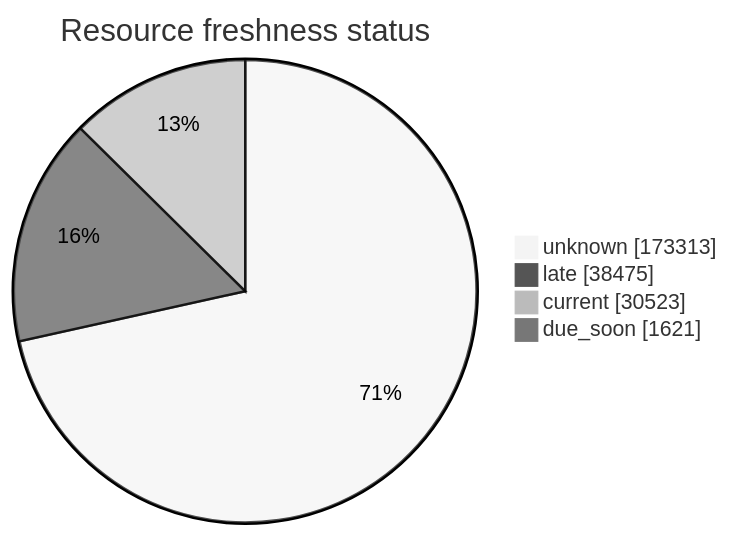
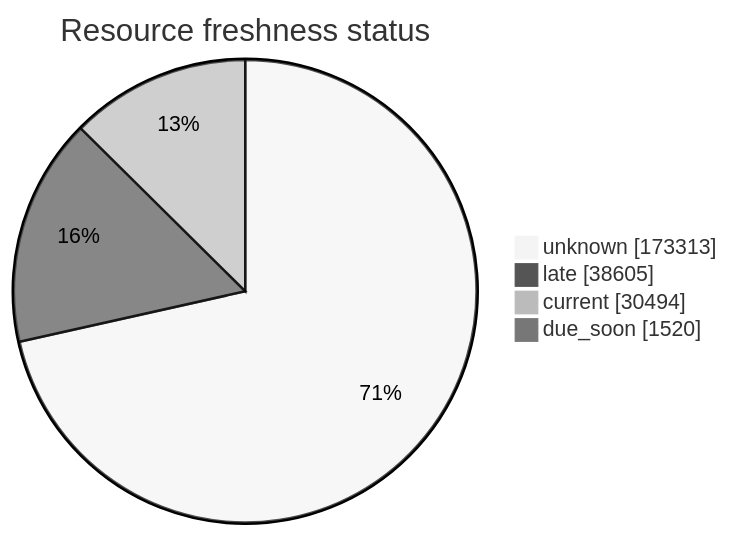
One commit to open-data/analytics-corporate-reporting changed the third of 5 diagrams in FreshCheck/README.md. Above: the diagram before and after it, drawn with Mermaid (neutral theme). The commit also changed other lines of this file and 3 other files, not shown here.

````diff
--- a/FreshCheck/README.md
+++ b/FreshCheck/README.md
@@ -77,7 +77,7 @@
 ```mermaid
 pie showData title Resource freshness status
     "unknown": 173313
-    "late": 38475
-    "current": 30523
-    "due_soon": 1621
+    "late": 38605
+    "current": 30494
+    "due_soon": 1520
 ```
````
